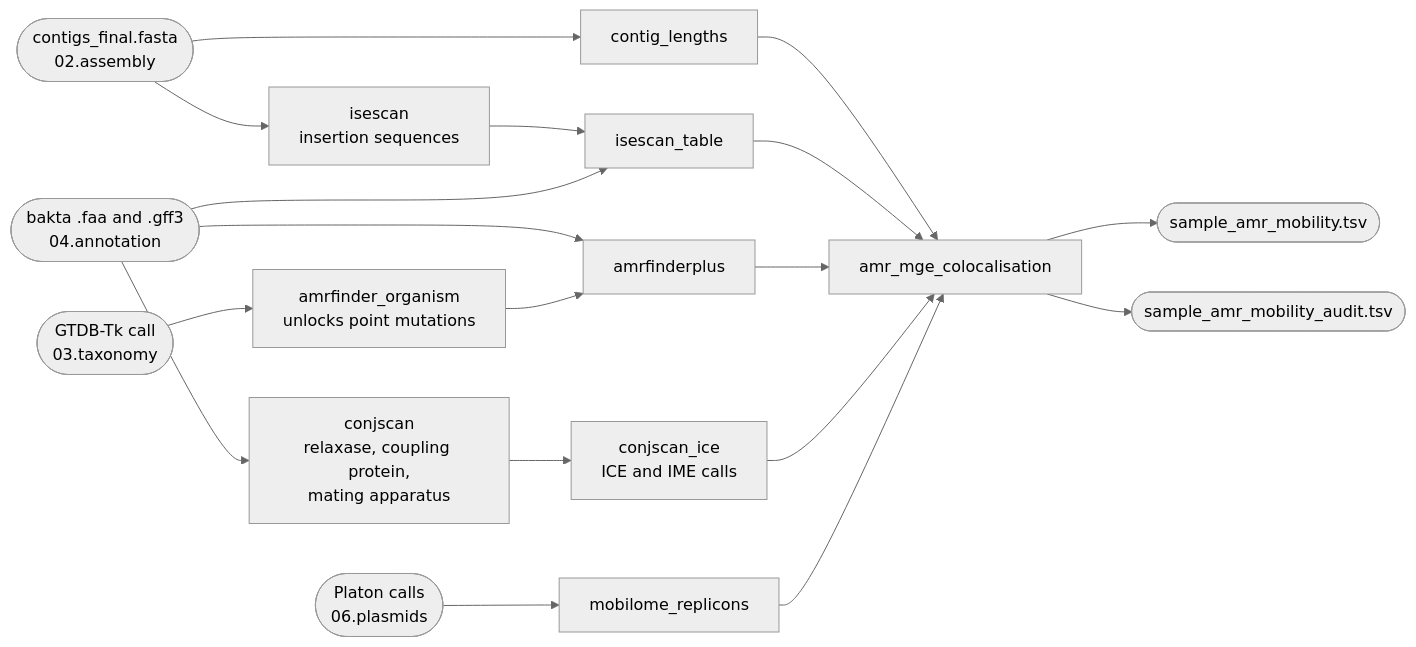
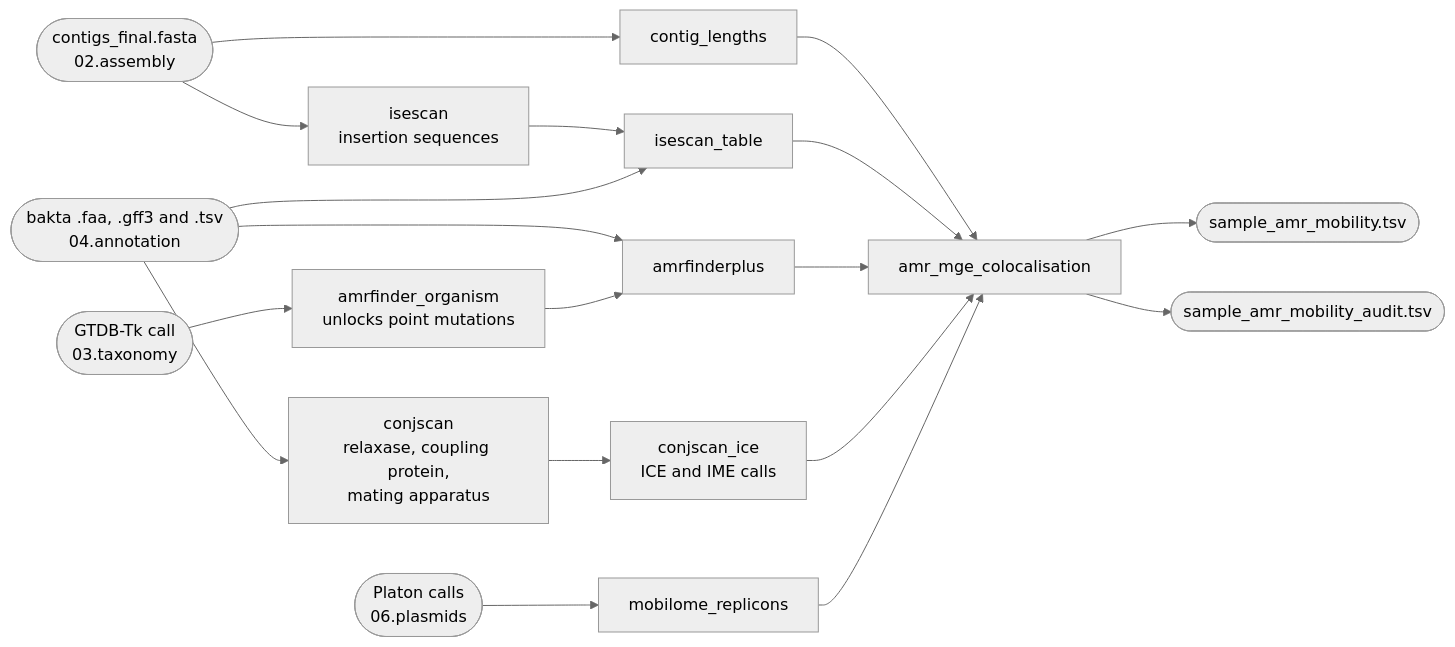
One commit to iLivius/BacFlux changed the diagram in docs/mobilome/index.md. Above: the diagram before and after it, drawn with Mermaid (neutral theme). The commit also changed other lines of this file and 32 other files, not shown here.

````diff
--- a/docs/mobilome/index.md
+++ b/docs/mobilome/index.md
@@ -66,34 +66,34 @@
 ```mermaid
 flowchart LR
     C([contigs_final.fasta<br/>02.assembly])
-    FAA([bakta .faa and .gff3<br/>04.annotation])
+    FAA([bakta .faa, .gff3 and .tsv<br/>04.annotation])
     TAX([GTDB-Tk call<br/>03.taxonomy])
     PLA([Platon calls<br/>06.plasmids])
 
     CL[contig_lengths]
     IS[isescan<br/>insertion sequences]
     IST[isescan_table]
     AFP[amrfinderplus]
     ORG[amrfinder_organism<br/>unlocks point mutations]
     CJ[conjscan<br/>relaxase, coupling protein,<br/>mating apparatus]
     CJI[conjscan_ice<br/>ICE and IME calls]
     REP[mobilome_replicons]
 
     C --> CL
     C --> IS --> IST
     FAA --> IST
     FAA --> AFP
     FAA --> CJ --> CJI
     TAX --> ORG --> AFP
     PLA --> REP
 
     CO[amr_mge_colocalisation]
     CL --> CO
     IST --> CO
     AFP --> CO
     CJI --> CO
     REP --> CO
 
     CO --> O1([sample_amr_mobility.tsv])
     CO --> O2([sample_amr_mobility_audit.tsv])
 ```
````
